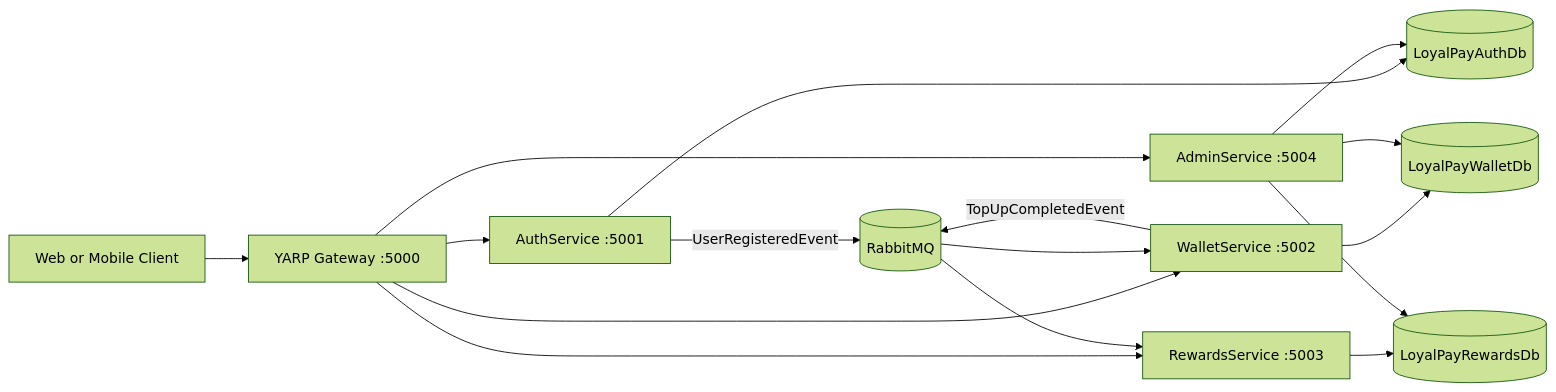
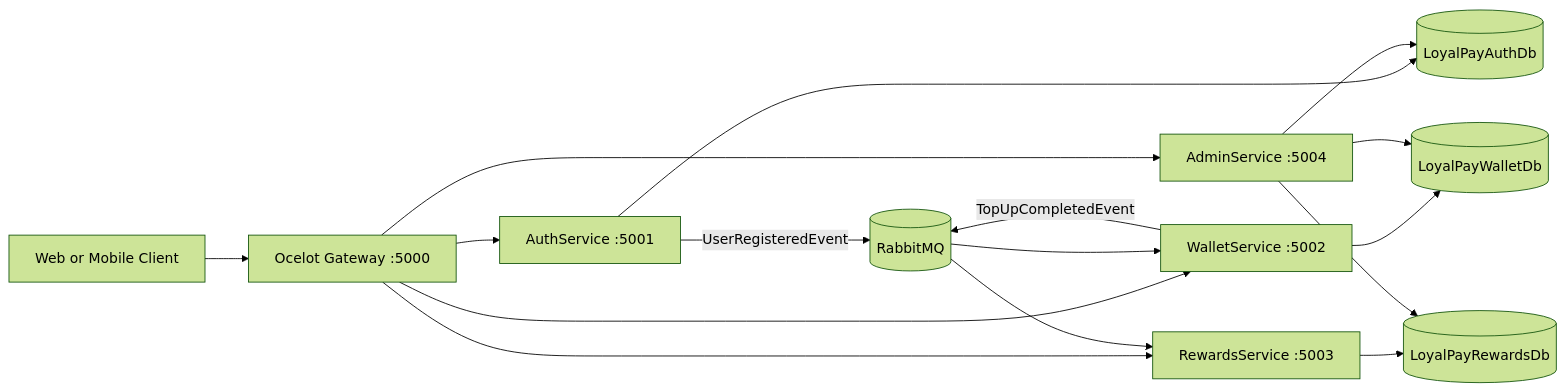
Before and after one commit to anshul-ch/LoyalPay: the diagram in architecture-docs/Diagrams/01-Architecture-Diagram.mmd, drawn with Mermaid (forest theme). The commit also changed 5 other files, not shown here.

Commit message:
docs: update diagrams and gateway docs for ocelot

```diff
--- a/architecture-docs/Diagrams/01-Architecture-Diagram.mmd
+++ b/architecture-docs/Diagrams/01-Architecture-Diagram.mmd
@@ -1,19 +1,19 @@
 flowchart LR
-    Client[Web or Mobile Client] --> Gateway[YARP Gateway :5000]
+    Client[Web or Mobile Client] --> Gateway[Ocelot Gateway :5000]
 
     Gateway --> Auth[AuthService :5001]
     Gateway --> Wallet[WalletService :5002]
     Gateway --> Rewards[RewardsService :5003]
     Gateway --> Admin[AdminService :5004]
 
     Auth --> AuthDb[(LoyalPayAuthDb)]
     Wallet --> WalletDb[(LoyalPayWalletDb)]
     Rewards --> RewardsDb[(LoyalPayRewardsDb)]
     Admin --> AuthDb
     Admin --> WalletDb
     Admin --> RewardsDb
 
     Auth -- UserRegisteredEvent --> MQ[(RabbitMQ)]
     Wallet -- TopUpCompletedEvent --> MQ
     MQ --> Wallet
     MQ --> Rewards
```
